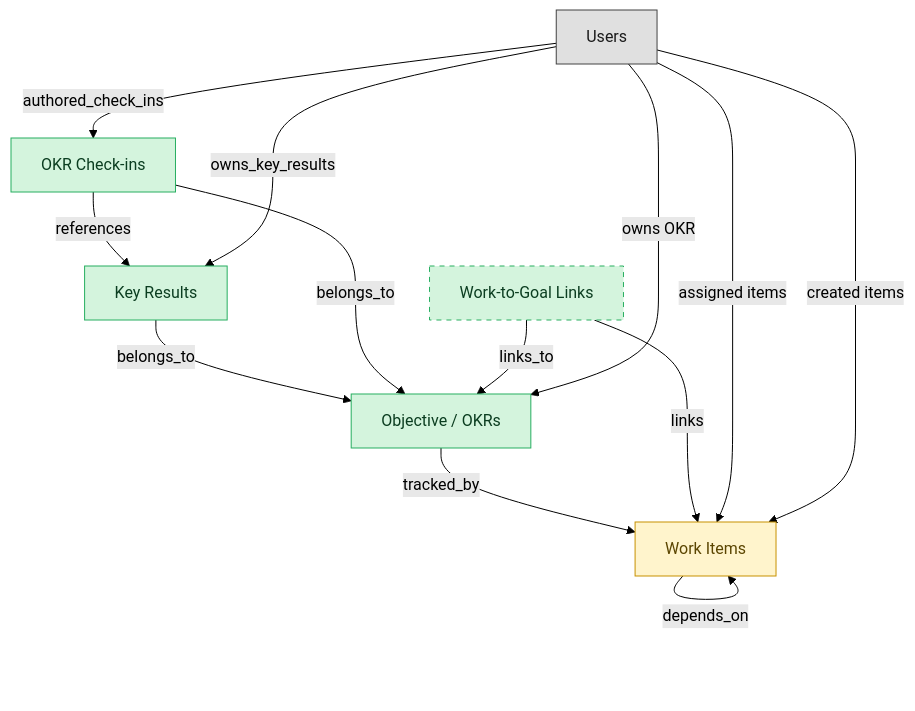
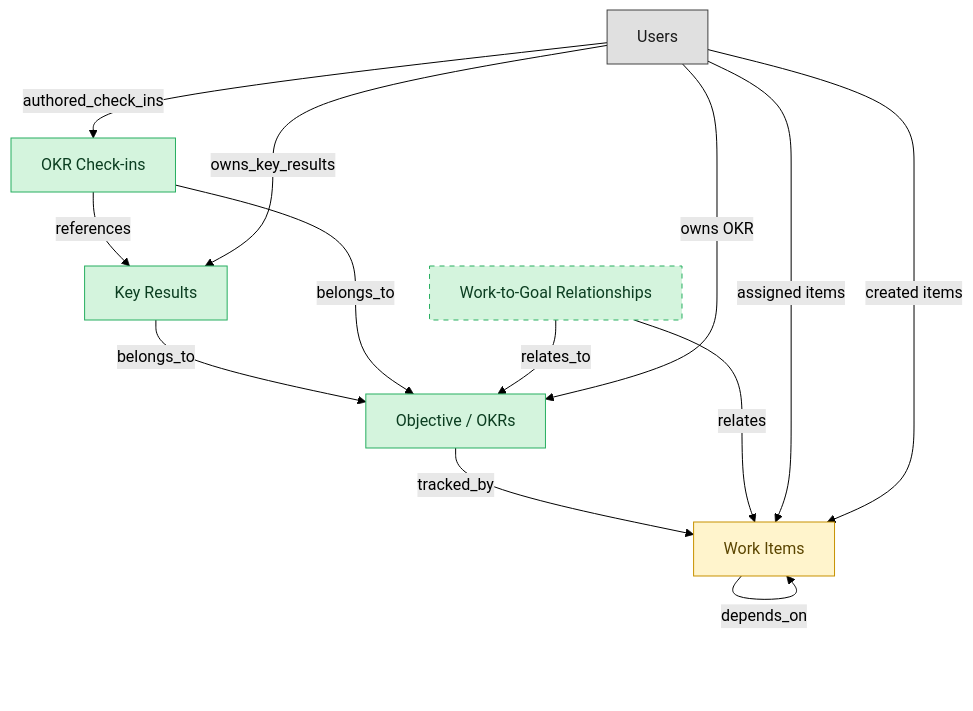
The diagram in catalog/blueprints/work-mgmt-goals-okr-semantic-blueprint.md (IntranetFactory/domain-map), drawn with Mermaid (forest theme) before and after one commit. The commit also changed other lines of this file and 841 other files, not shown here.

````diff
--- a/catalog/blueprints/work-mgmt-goals-okr-semantic-blueprint.md
+++ b/catalog/blueprints/work-mgmt-goals-okr-semantic-blueprint.md
@@ -37,31 +37,31 @@
 ```mermaid
 flowchart TD
   classDef master fill:#d4f4dd,stroke:#27ae60,color:#0b3d20;
   classDef embedded_master fill:#fff4cc,stroke:#c79100,color:#5b4500;
   classDef platform_builtin fill:#e0e0e0,stroke:#424242,color:#1a1a1a;
   okr_objectives["Objective / OKRs"]
   work_items["Work Items"]
   okr_key_results["Key Results"]
   okr_check_ins["OKR Check-ins"]
-  work_goal_links["Work-to-Goal Links"]
+  work_goal_relationships["Work-to-Goal Relationships"]
   users["Users"]
   okr_key_results -->|"belongs_to"| okr_objectives
   okr_check_ins -->|"belongs_to"| okr_objectives
   okr_check_ins -->|"references"| okr_key_results
   work_items -->|"depends_on"| work_items
   okr_objectives -->|"tracked_by"| work_items
-  work_goal_links -->|"links"| work_items
-  work_goal_links -->|"links_to"| okr_objectives
+  work_goal_relationships -->|"relates"| work_items
+  work_goal_relationships -->|"relates_to"| okr_objectives
   users -->|"owns_key_results"| okr_key_results
   users -->|"authored_check_ins"| okr_check_ins
   users -->|"assigned items"| work_items
   users -->|"created items"| work_items
   users -->|"owns OKR"| okr_objectives
   class okr_objectives master;
   class work_items embedded_master;
   class okr_key_results master;
   class okr_check_ins master;
-  class work_goal_links master;
+  class work_goal_relationships master;
   class users platform_builtin;
-  style work_goal_links stroke-dasharray:5 5;
+  style work_goal_relationships stroke-dasharray:5 5;
 ```
````
